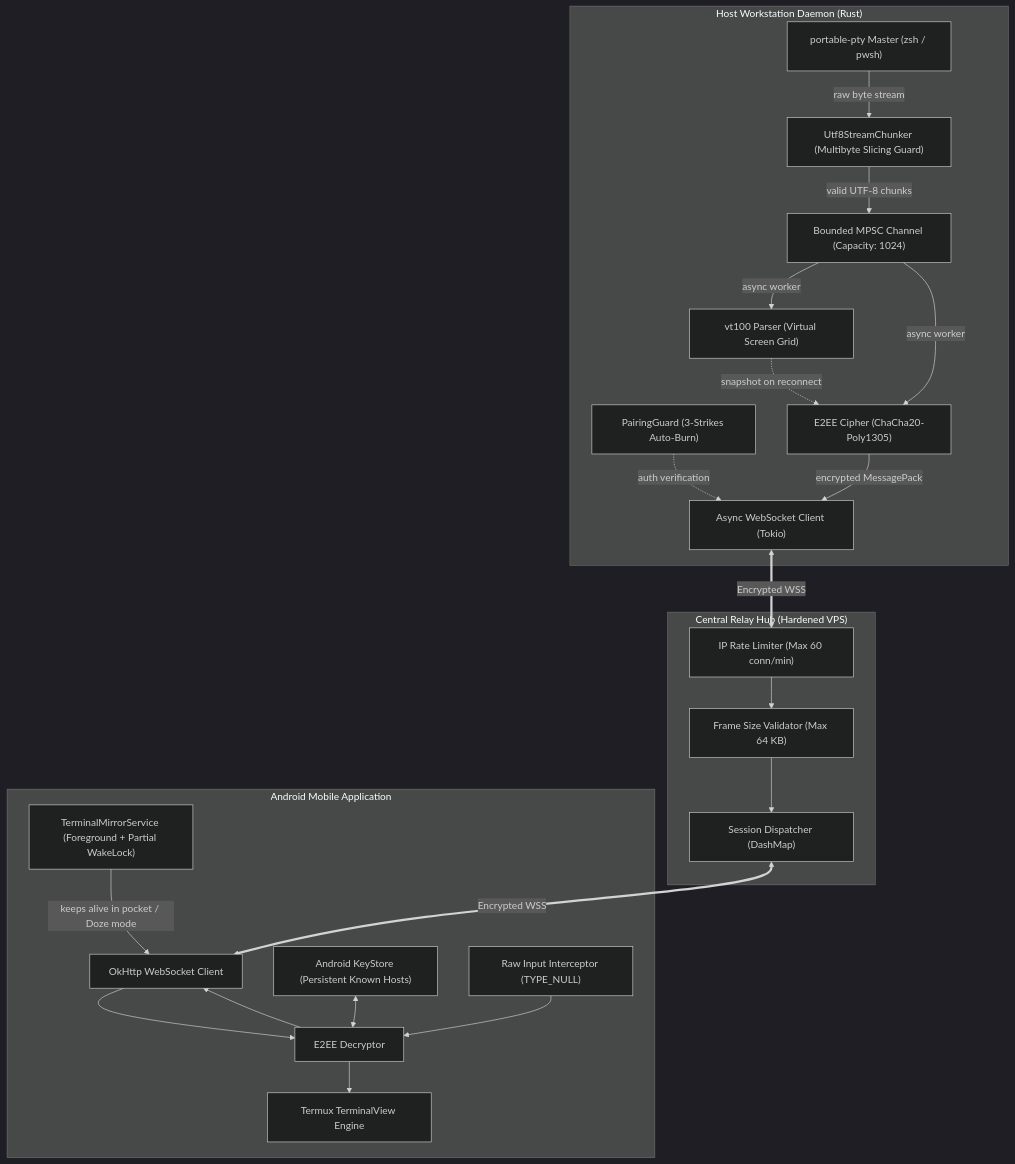
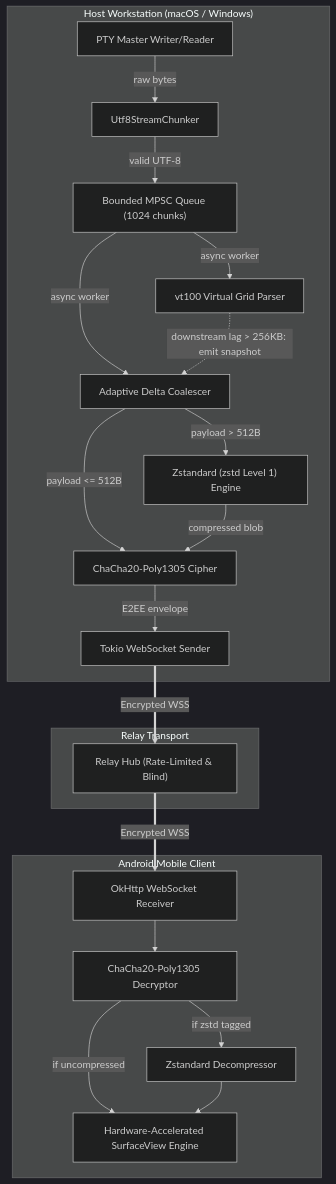
The first of 2 diagrams in docs/ARCHITECTURE_DIAGRAM.md (mufidhadi/terminal-mirror), drawn with Mermaid (dark theme) before and after one commit. The commit also changed other lines of this file and 9 other files, not shown here.

Commit message:
feat: integrate zstd compression, adaptive coalescing, vps capacity audit, and surfaceview specs

````diff
--- a/docs/ARCHITECTURE_DIAGRAM.md
+++ b/docs/ARCHITECTURE_DIAGRAM.md
@@ -8,48 +8,43 @@
 ```mermaid
 graph TD
-    subgraph Host_Daemon["Host Workstation Daemon (Rust)"]
-        PTY["portable-pty Master (zsh / pwsh)"]
-        UTF8Chunker["Utf8StreamChunker (Multibyte Slicing Guard)"]
-        DecoupledMPSC["Bounded MPSC Channel (Capacity: 1024)"]
-        VTGrid["vt100 Parser (Virtual Screen Grid)"]
-        PairGuard["PairingGuard (3-Strikes Auto-Burn)"]
-        CryptoEngine["E2EE Cipher (ChaCha20-Poly1305)"]
-        WSTransport["Async WebSocket Client (Tokio)"]
+    subgraph Host_Workstation["Host Workstation (macOS / Windows)"]
+        PTY["PTY Master Writer/Reader"]
+        UTF8["Utf8StreamChunker"]
+        MPSCQueue["Bounded MPSC Queue (1024 chunks)"]
+        VTGrid["vt100 Virtual Grid Parser"]
+        Coalescer["Adaptive Delta Coalescer"]
+        Compressor["Zstandard (zstd Level 1) Engine"]
+        Encryptor["ChaCha20-Poly1305 Cipher"]
+        Sender["Tokio WebSocket Sender"]
 
-        PTY -->|raw byte stream| UTF8Chunker
-        UTF8Chunker -->|valid UTF-8 chunks| DecoupledMPSC
-        DecoupledMPSC -->|async worker| VTGrid
-        DecoupledMPSC -->|async worker| CryptoEngine
-        VTGrid -.->|snapshot on reconnect| CryptoEngine
-        CryptoEngine -->|encrypted MessagePack| WSTransport
-        PairGuard -.->|auth verification| WSTransport
+        PTY -->|raw bytes| UTF8
+        UTF8 -->|valid UTF-8| MPSCQueue
+        MPSCQueue -->|async worker| VTGrid
+        MPSCQueue -->|async worker| Coalescer
+        
+        Coalescer -->|payload > 512B| Compressor
+        Coalescer -->|payload <= 512B| Encryptor
+        Compressor -->|compressed blob| Encryptor
+        Encryptor -->|E2EE envelope| Sender
+
+        VTGrid -.->|downstream lag > 256KB: emit snapshot| Coalescer
     end
 
-    subgraph Relay_Server["Central Relay Hub (Hardened VPS)"]
-        RateLimiter["IP Rate Limiter (Max 60 conn/min)"]
-        FrameCap["Frame Size Validator (Max 64 KB)"]
-        Router["Session Dispatcher (DashMap)"]
-
-        RateLimiter --> FrameCap
-        FrameCap --> Router
+    subgraph Transport["Relay Transport"]
+        Relay["Relay Hub (Rate-Limited & Blind)"]
     end
 
-    subgraph Android_Client["Android Mobile Application"]
-        FgService["TerminalMirrorService (Foreground + Partial WakeLock)"]
-        WSClient["OkHttp WebSocket Client"]
-        KeyStore["Android KeyStore (Persistent Known Hosts)"]
-        Decryptor["E2EE Decryptor"]
-        TermView["Termux TerminalView Engine"]
-        RawIME["Raw Input Interceptor (TYPE_NULL)"]
+    subgraph Android_Client["Android Mobile Client"]
+        Receiver["OkHttp WebSocket Receiver"]
+        Decryptor["ChaCha20-Poly1305 Decryptor"]
+        Decompressor["Zstandard Decompressor"]
+        SurfaceEngine["Hardware-Accelerated SurfaceView Engine"]
 
-        FgService -->|keeps alive in pocket / Doze mode| WSClient
-        WSClient --> Decryptor
-        Decryptor --> TermView
-        RawIME --> Decryptor
-        Decryptor --> WSClient
-        KeyStore <--> Decryptor
+        Sender ==>|Encrypted WSS| Relay
+        Relay ==>|Encrypted WSS| Receiver
+        Receiver --> Decryptor
+        Decryptor -->|if zstd tagged| Decompressor
+        Decryptor -->|if uncompressed| SurfaceEngine
+        Decompressor --> SurfaceEngine
     end
-
-    WSTransport <==>|Encrypted WSS| RateLimiter
-    Router <==>|Encrypted WSS| WSClient
 ```
````
